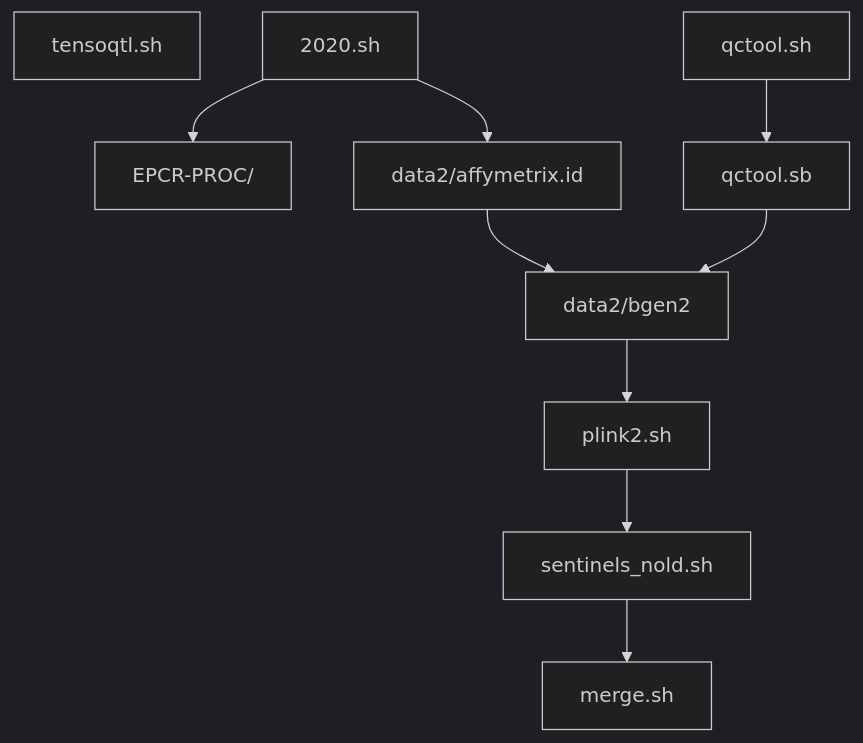
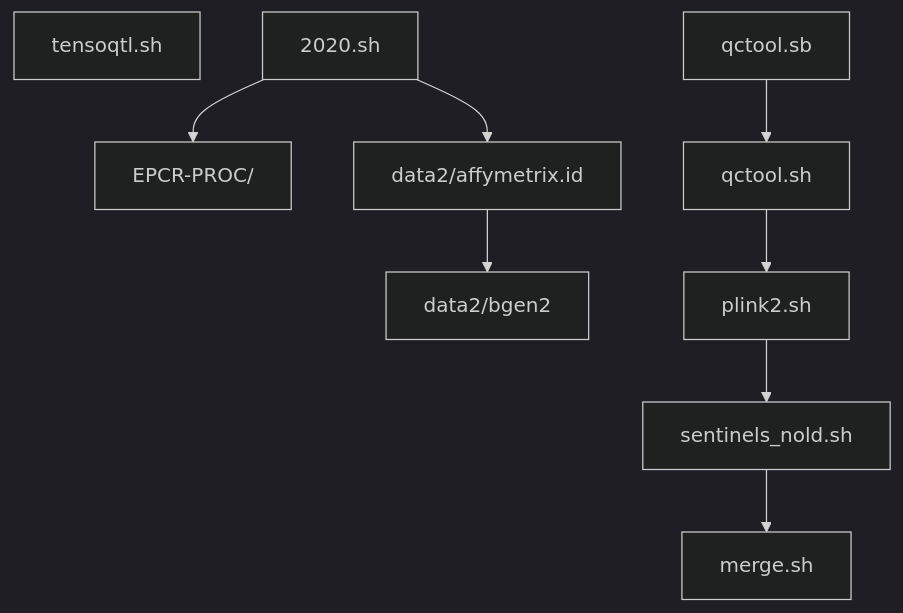
The first of 2 diagrams in docs/README.md (jinghuazhao/Caprion), drawn with Mermaid (dark theme) before and after one commit.

````diff
--- a/docs/README.md
+++ b/docs/README.md
@@ -40,12 +40,11 @@
 ```mermaid
 graph TB;
 tensoqtl.sh
 2020.sh --> EPCR-PROC/
 2020.sh --> data2/affymetrix.id
 data2/affymetrix.id  --> data2/bgen2
-qctool.sh --> qctool.sb
-qctool.sb --> data2/bgen2
-data2/bgen2 --> plink2.sh
+qctool.sb --> qctool.sh
+qctool.sh --> plink2.sh
 plink2.sh --> sentinels_nold.sh
 sentinels_nold.sh --> merge.sh
 ```
````
